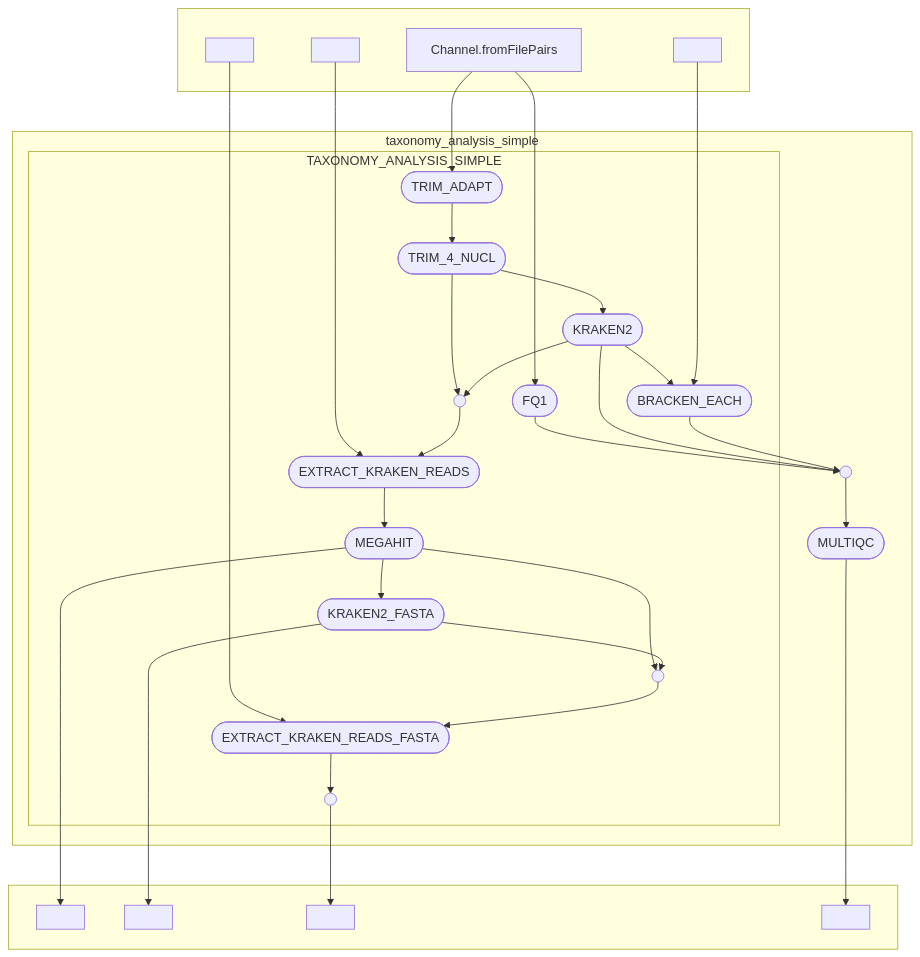
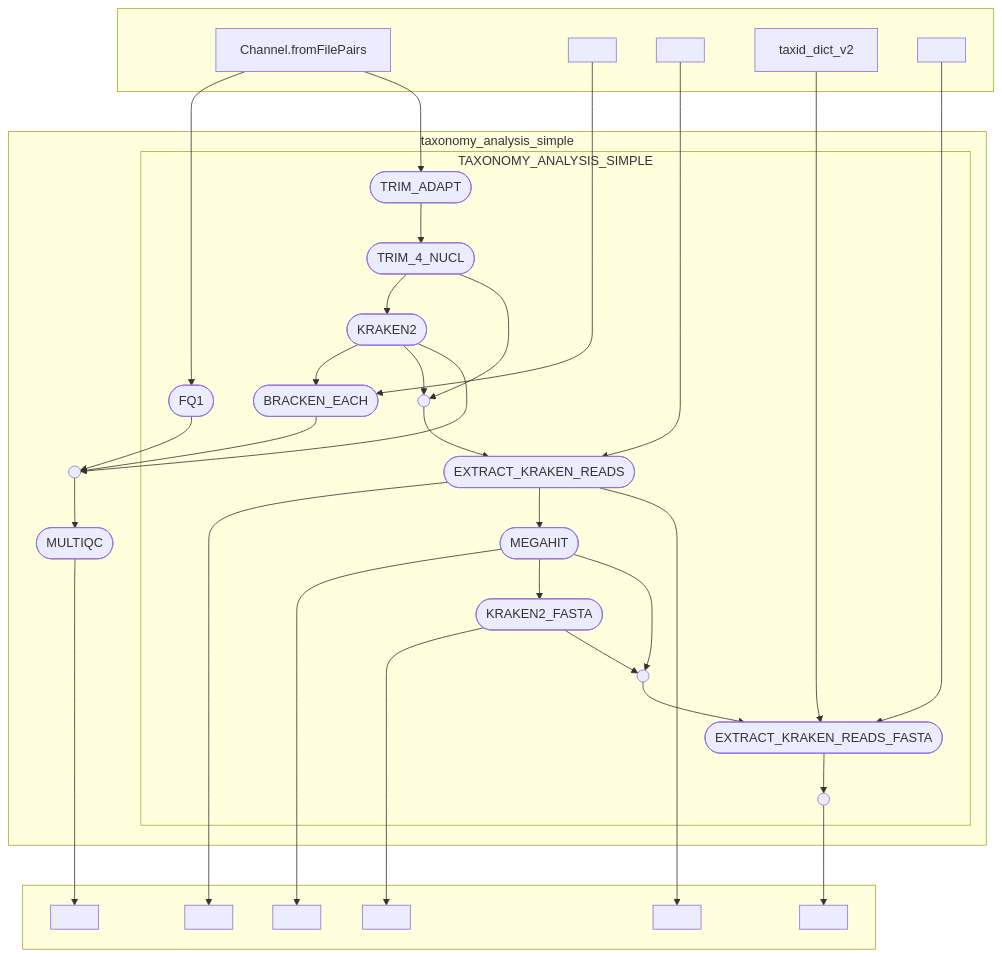
One commit to magletdinov/nextflow_projects changed the diagram in dag.mmd. Above: the diagram before and after it, drawn with Mermaid. The commit also changed 5 other files, not shown here.

```diff
--- a/dag.mmd
+++ b/dag.mmd
@@ -1,56 +1,62 @@
 flowchart TB
     subgraph " "
     v0["Channel.fromFilePairs"]
     v5[" "]
     v9[" "]
-    v17[" "]
+    v19["taxid_dict_v2"]
+    v20[" "]
     end
     subgraph taxonomy_analysis_simple
     subgraph TAXONOMY_ANALYSIS_SIMPLE
     v1([FQ1])
     v2([TRIM_ADAPT])
     v3([TRIM_4_NUCL])
     v4([KRAKEN2])
     v6([BRACKEN_EACH])
     v10([EXTRACT_KRAKEN_READS])
-    v11([MEGAHIT])
-    v13([KRAKEN2_FASTA])
-    v18([EXTRACT_KRAKEN_READS_FASTA])
+    v13([MEGAHIT])
+    v15([KRAKEN2_FASTA])
+    v21([EXTRACT_KRAKEN_READS_FASTA])
     v7(( ))
-    v15(( ))
-    v19(( ))
+    v17(( ))
+    v22(( ))
     end
-    v24([MULTIQC])
-    v21(( ))
+    v27([MULTIQC])
+    v24(( ))
     end
     subgraph " "
+    v11[" "]
     v12[" "]
     v14[" "]
-    v20[" "]
-    v25[" "]
+    v16[" "]
+    v23[" "]
+    v28[" "]
     end
     v0 --> v1
     v0 --> v2
-    v1 --> v21
+    v1 --> v24
     v2 --> v3
     v3 --> v4
     v3 --> v7
     v4 --> v6
     v4 --> v7
-    v4 --> v21
+    v4 --> v24
     v5 --> v6
-    v6 --> v21
+    v6 --> v24
     v9 --> v10
     v7 --> v10
+    v10 --> v12
+    v10 --> v13
     v10 --> v11
-    v11 --> v12
-    v11 --> v13
-    v11 --> v15
     v13 --> v14
     v13 --> v15
-    v17 --> v18
-    v15 --> v18
-    v18 --> v19
-    v19 --> v20
-    v21 --> v24
-    v24 --> v25
+    v13 --> v17
+    v15 --> v16
+    v15 --> v17
+    v19 --> v21
+    v20 --> v21
+    v17 --> v21
+    v21 --> v22
+    v22 --> v23
+    v24 --> v27
+    v27 --> v28
```
